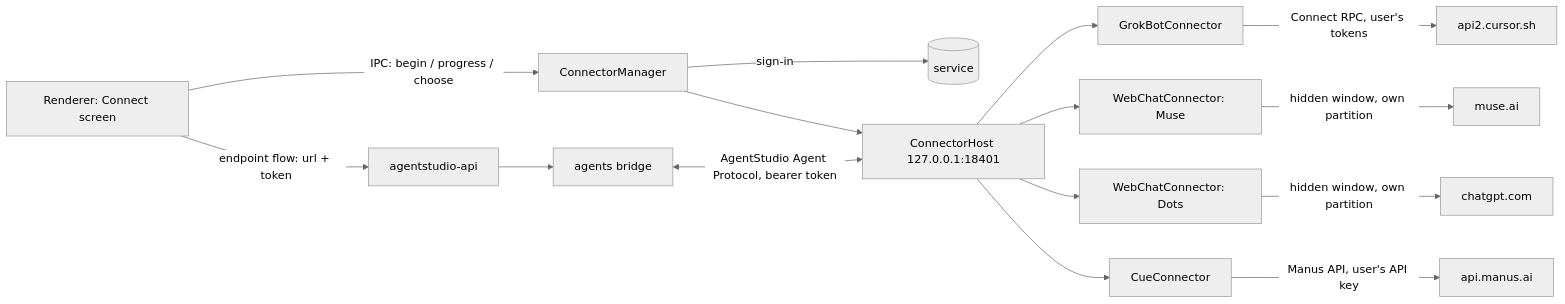
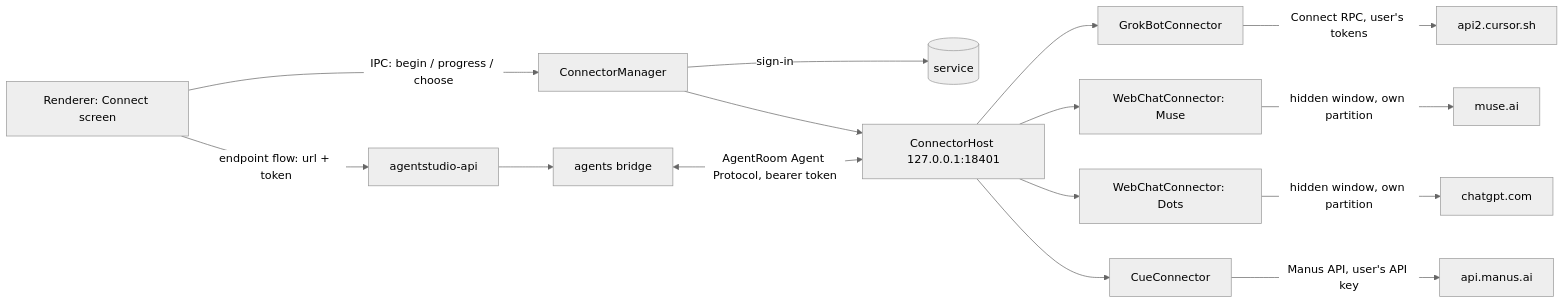
The diagram in docs/connectors.md (cubxxw/agentstudio), drawn with Mermaid (neutral theme) before and after one commit. The commit also changed other lines of this file and 98 other files, not shown here.

Commit message:
feat: rename AgentRoom and add repeatable onboarding (GET-493)

````diff
--- a/docs/connectors.md
+++ b/docs/connectors.md
@@ -13,12 +13,12 @@
 ```mermaid
 flowchart LR
   R[Renderer: Connect screen] -->|IPC: begin / progress / choose| M[ConnectorManager]
   M -->|sign-in| S[(service)]
   M --> H[ConnectorHost 127.0.0.1:18401]
   R -->|endpoint flow: url + token| API[agentstudio-api] --> BA[agents bridge]
-  BA <-->|AgentStudio Agent Protocol, bearer token| H
+  BA <-->|AgentRoom Agent Protocol, bearer token| H
   H --> C1[GrokBotConnector] -->|Connect RPC, user's tokens| G[api2.cursor.sh]
   H --> C2[WebChatConnector: Muse] -->|hidden window, own partition| MU[muse.ai]
   H --> C3[WebChatConnector: Dots] -->|hidden window, own partition| CG[chatgpt.com]
   H --> C4[CueConnector] -->|Manus API, user's API key| MA[api.manus.ai]
 ```
````
